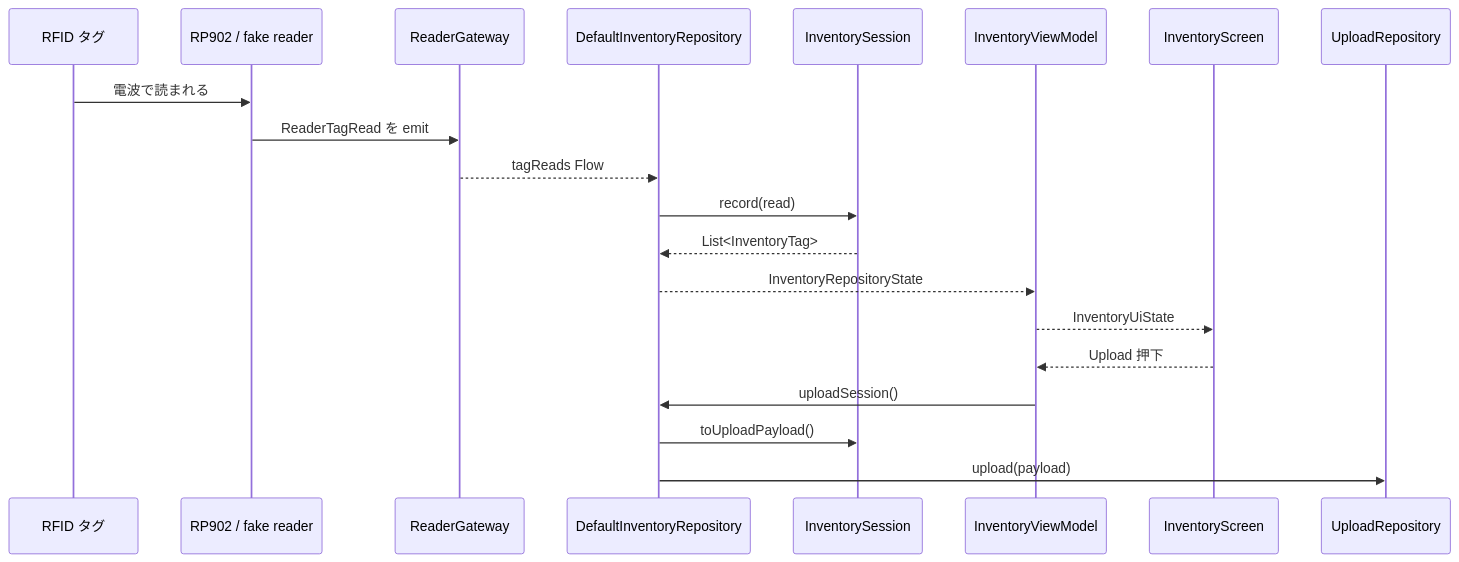
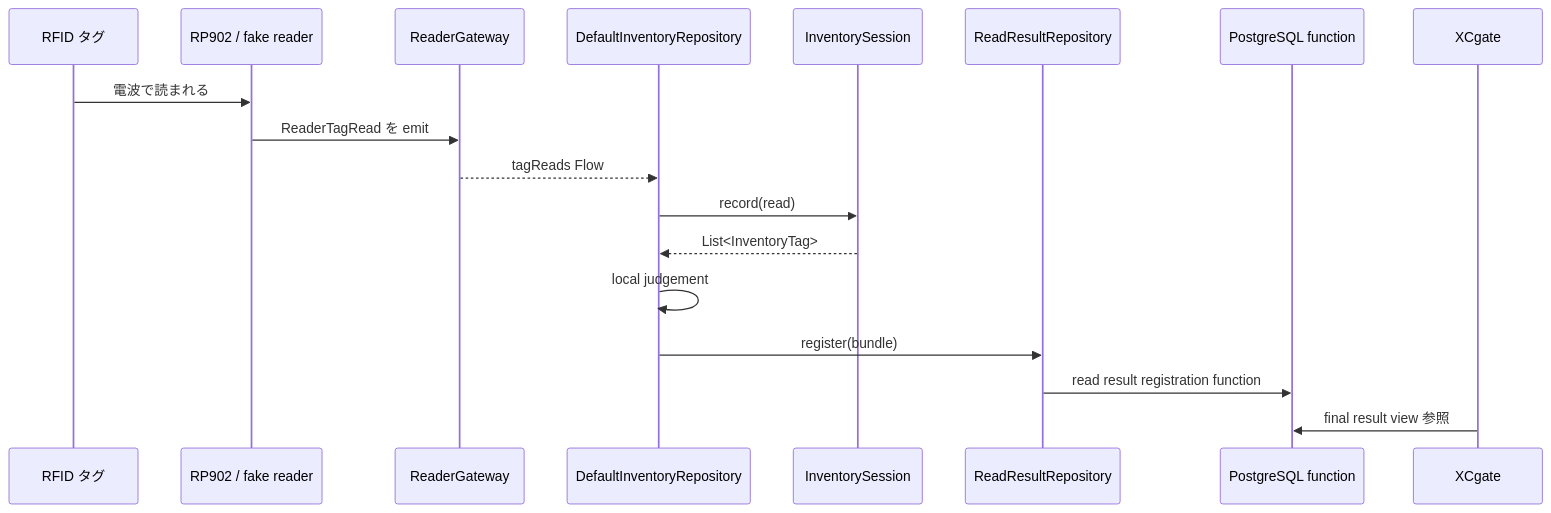
The first of 3 diagrams in AndroidStudio/RP902App/docs/onboarding/05_データの流れ.md (kuroronrobins/TraceLink), drawn with Mermaid before and after one commit. The commit also changed other lines of this file and 83 other files, not shown here.

````diff
--- a/AndroidStudio/RP902App/docs/onboarding/05_データの流れ.md
+++ b/AndroidStudio/RP902App/docs/onboarding/05_データの流れ.md
@@ -7,23 +7,21 @@
 ```mermaid
 sequenceDiagram
     participant Tag as RFID タグ
     participant RP902 as RP902 / fake reader
     participant Gateway as ReaderGateway
     participant Repo as DefaultInventoryRepository
     participant Session as InventorySession
-    participant VM as InventoryViewModel
-    participant UI as InventoryScreen
-    participant Upload as UploadRepository
+    participant Result as ReadResultRepository
+    participant PG as PostgreSQL function
+    participant XC as XCgate
 
     Tag->>RP902: 電波で読まれる
     RP902->>Gateway: ReaderTagRead を emit
     Gateway-->>Repo: tagReads Flow
     Repo->>Session: record(read)
     Session-->>Repo: List<InventoryTag>
-    Repo-->>VM: InventoryRepositoryState
-    VM-->>UI: InventoryUiState
-    UI-->>VM: Upload 押下
-    VM->>Repo: uploadSession()
-    Repo->>Session: toUploadPayload()
-    Repo->>Upload: upload(payload)
+    Repo->>Repo: local judgement
+    Repo->>Result: register(bundle)
+    Result->>PG: read result registration function
+    XC->>PG: final result view 参照
 ```
````
